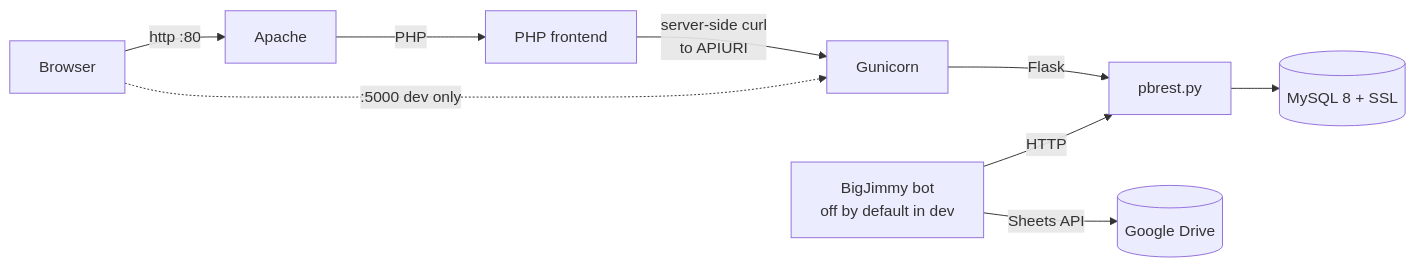
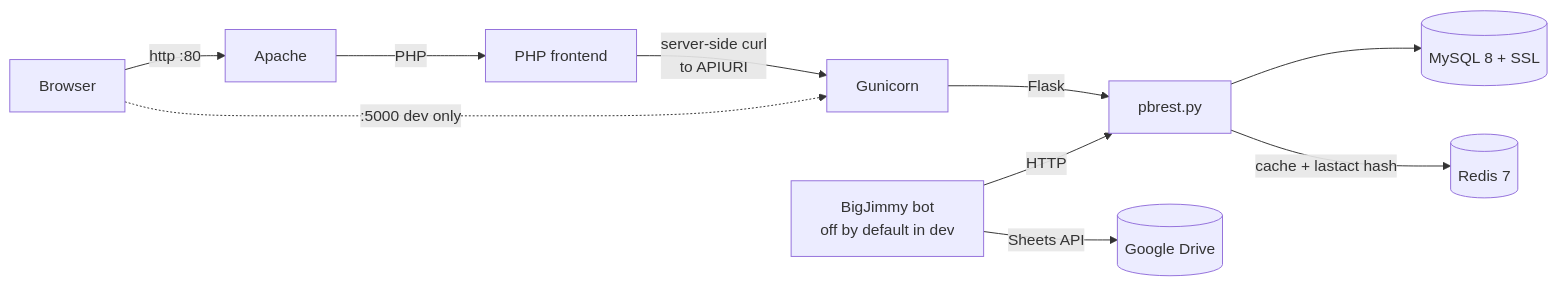
One commit to bigjimmy/puzzleboss2 changed the diagram in docker/README.md. Above: the diagram before and after it, drawn with Mermaid. The commit also changed other lines of this file and 11 other files, not shown here.

````diff
--- a/docker/README.md
+++ b/docker/README.md
@@ -37,11 +37,12 @@
 ```mermaid
 flowchart LR
     Browser -->|http :80| Apache
     Apache -->|PHP| Frontend[PHP frontend]
     Frontend -->|server-side curl<br/>to APIURI| Gunicorn
     Gunicorn -->|Flask| API[pbrest.py]
     API --> MySQL[(MySQL 8 + SSL)]
+    API -->|cache + lastact hash| Redis[(Redis 7)]
     Browser -.->|:5000 dev only| Gunicorn
     BigJimmy[BigJimmy bot<br/>off by default in dev] -->|HTTP| API
     BigJimmy -->|Sheets API| Google[(Google Drive)]
 ```
````
